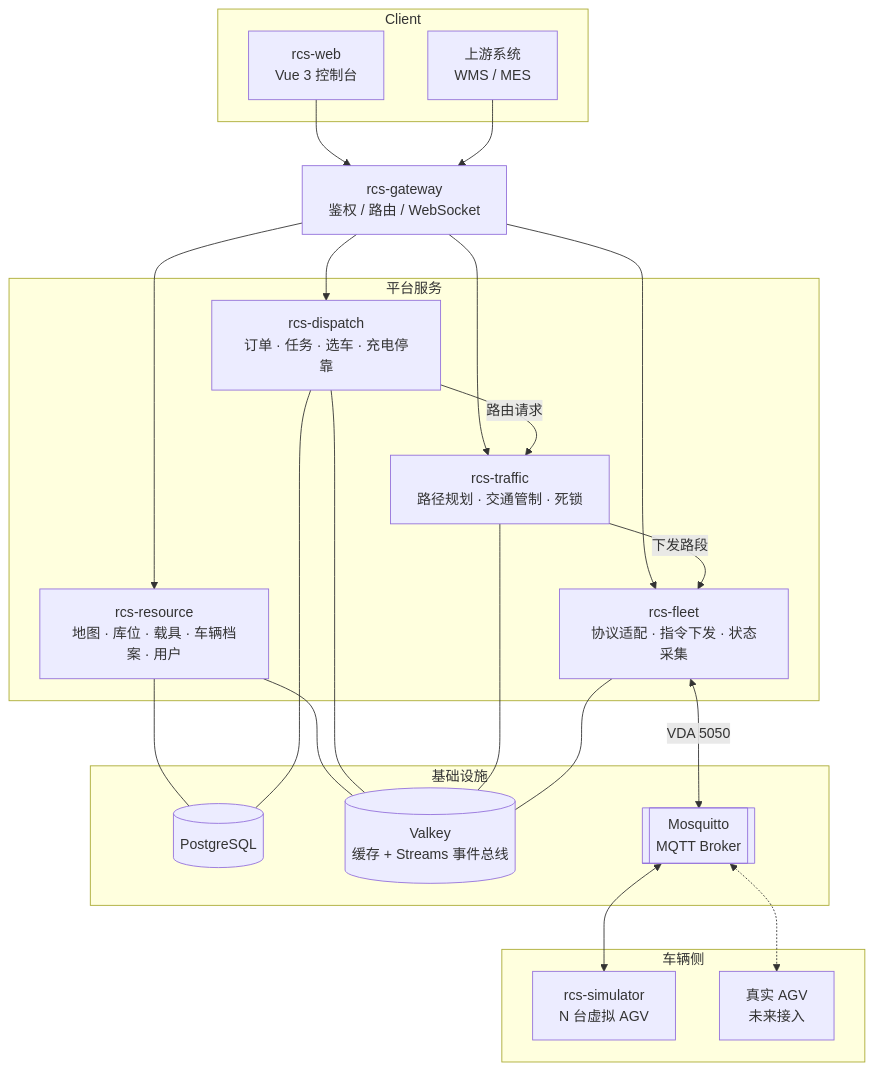
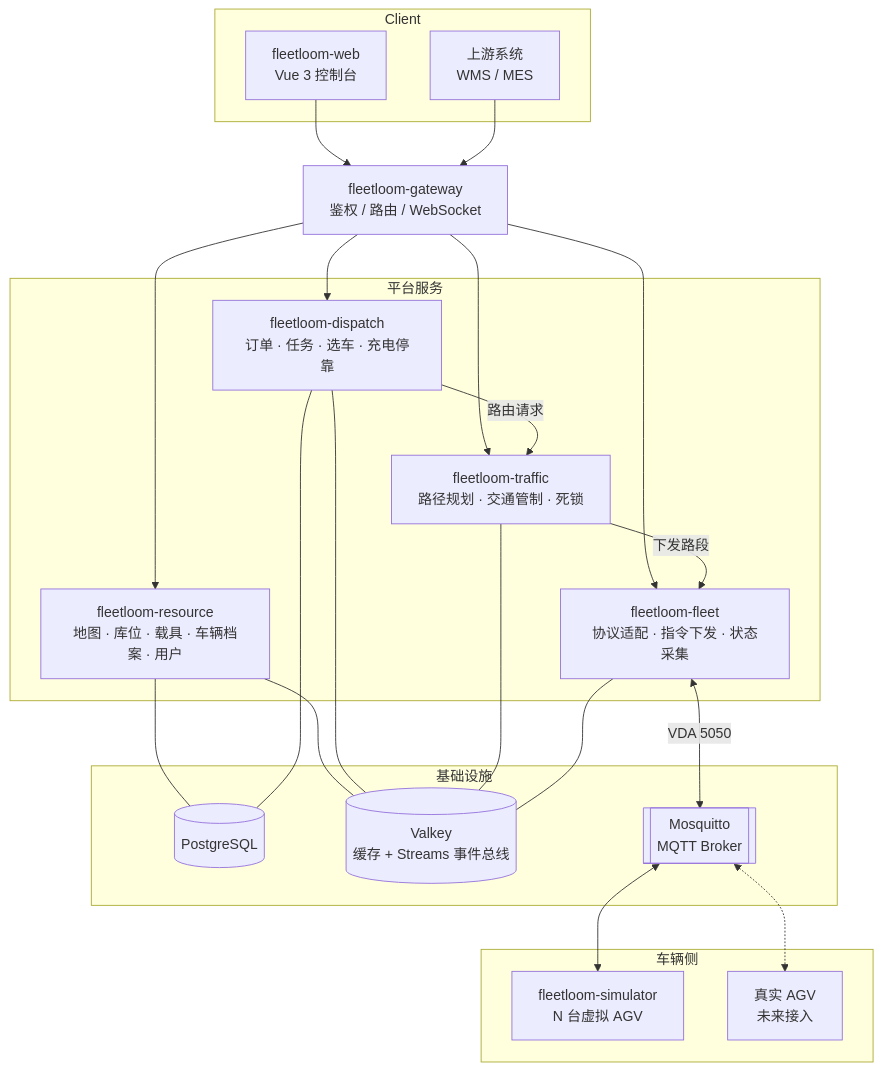
The first of 3 diagrams in docs/requirements.md (ksshen0000/Fleetloom), drawn with Mermaid before and after one commit. The commit also changed other lines of this file and 1032 other files, not shown here.

````diff
--- a/docs/requirements.md
+++ b/docs/requirements.md
@@ -79,38 +79,38 @@
 ```mermaid
 flowchart TB
     subgraph Client
-        WEB[rcs-web<br/>Vue 3 控制台]
+        WEB[fleetloom-web<br/>Vue 3 控制台]
         UP[上游系统<br/>WMS / MES]
     end
 
-    GW[rcs-gateway<br/>鉴权 / 路由 / WebSocket]
+    GW[fleetloom-gateway<br/>鉴权 / 路由 / WebSocket]
 
     subgraph Core[平台服务]
-        RES[rcs-resource<br/>地图 · 库位 · 载具 · 车辆档案 · 用户]
-        DSP[rcs-dispatch<br/>订单 · 任务 · 选车 · 充电停靠]
-        TRF[rcs-traffic<br/>路径规划 · 交通管制 · 死锁]
-        FLT[rcs-fleet<br/>协议适配 · 指令下发 · 状态采集]
+        RES[fleetloom-resource<br/>地图 · 库位 · 载具 · 车辆档案 · 用户]
+        DSP[fleetloom-dispatch<br/>订单 · 任务 · 选车 · 充电停靠]
+        TRF[fleetloom-traffic<br/>路径规划 · 交通管制 · 死锁]
+        FLT[fleetloom-fleet<br/>协议适配 · 指令下发 · 状态采集]
     end
 
     subgraph Infra[基础设施]
         PG[(PostgreSQL)]
         RD[(Valkey<br/>缓存 + Streams 事件总线)]
         MQ[[Mosquitto<br/>MQTT Broker]]
     end
 
     subgraph Vehicles[车辆侧]
-        SIM[rcs-simulator<br/>N 台虚拟 AGV]
+        SIM[fleetloom-simulator<br/>N 台虚拟 AGV]
         REAL[真实 AGV<br/>未来接入]
     end
 
     WEB --> GW
     UP --> GW
     GW --> RES & DSP & TRF & FLT
     DSP -- 路由请求 --> TRF
     TRF -- 下发路段 --> FLT
     FLT <-- VDA 5050 --> MQ
     MQ <--> SIM
     MQ <-.-> REAL
     RES & DSP & TRF & FLT --- RD
     RES & DSP --- PG
 ```
````
